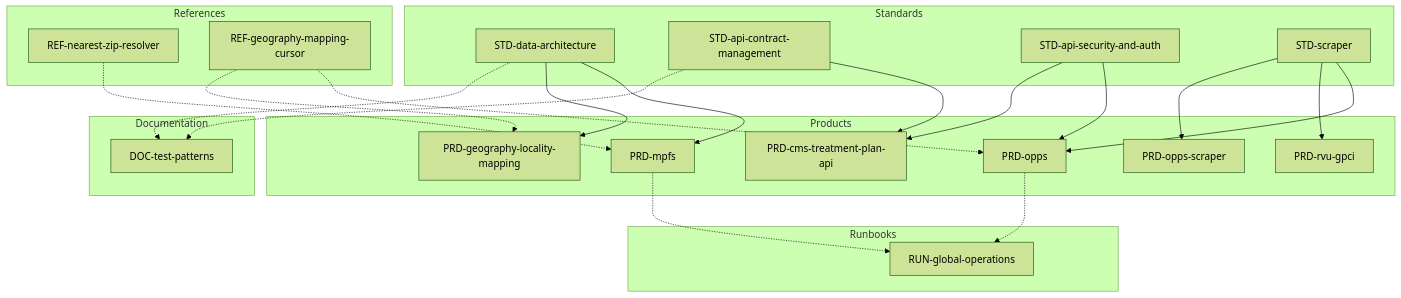
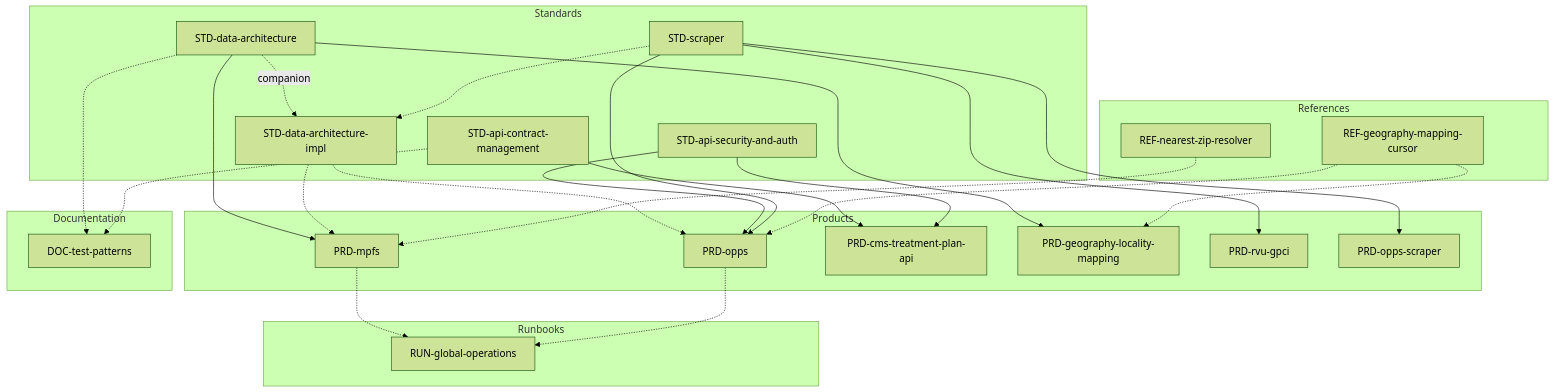
One commit to alex-bea/cms_api changed the diagram in prds/DOC-master-catalog-prd-v1.0.md. Above: the diagram before and after it, drawn with Mermaid (forest theme). The commit also changed other lines of this file and 5 other files, not shown here.

````diff
--- a/prds/DOC-master-catalog-prd-v1.0.md
+++ b/prds/DOC-master-catalog-prd-v1.0.md
@@ -87,47 +88,52 @@
 ```mermaid
 graph TD
   subgraph Standards
     SA[STD-data-architecture]
+    SA_IMPL[STD-data-architecture-impl]
     SB[STD-api-contract-management]
     SC[STD-api-security-and-auth]
     SD[STD-scraper]
   end
 
   subgraph References
     RA[REF-nearest-zip-resolver]
     RB[REF-geography-mapping-cursor]
   end
 
   subgraph Products
     P1[PRD-mpfs]
     P2[PRD-opps]
     P3[PRD-cms-treatment-plan-api]
     P4[PRD-geography-locality-mapping]
     P5[PRD-rvu-gpci]
     P6[PRD-opps-scraper]
   end
 
   subgraph Runbooks
   R1[RUN-global-operations]
   end
 
   subgraph Documentation
   D1[DOC-test-patterns]
   end
 
+  SA -.companion.-> SA_IMPL
   SA --> P1
   SA --> P4
+  SA_IMPL -.-> P1
+  SA_IMPL -.-> P2
   SB --> P3
   SC --> P2
   SC --> P3
   SD --> P2
   SD --> P5
   SD --> P6
+  SD -.-> SA_IMPL
   RA -.-> P1
   RB -.-> P2
   RB -.-> P4
   P1 -.-> R1
   P2 -.-> R1
   SA -.-> D1
   SB -.-> D1
 ```
````
